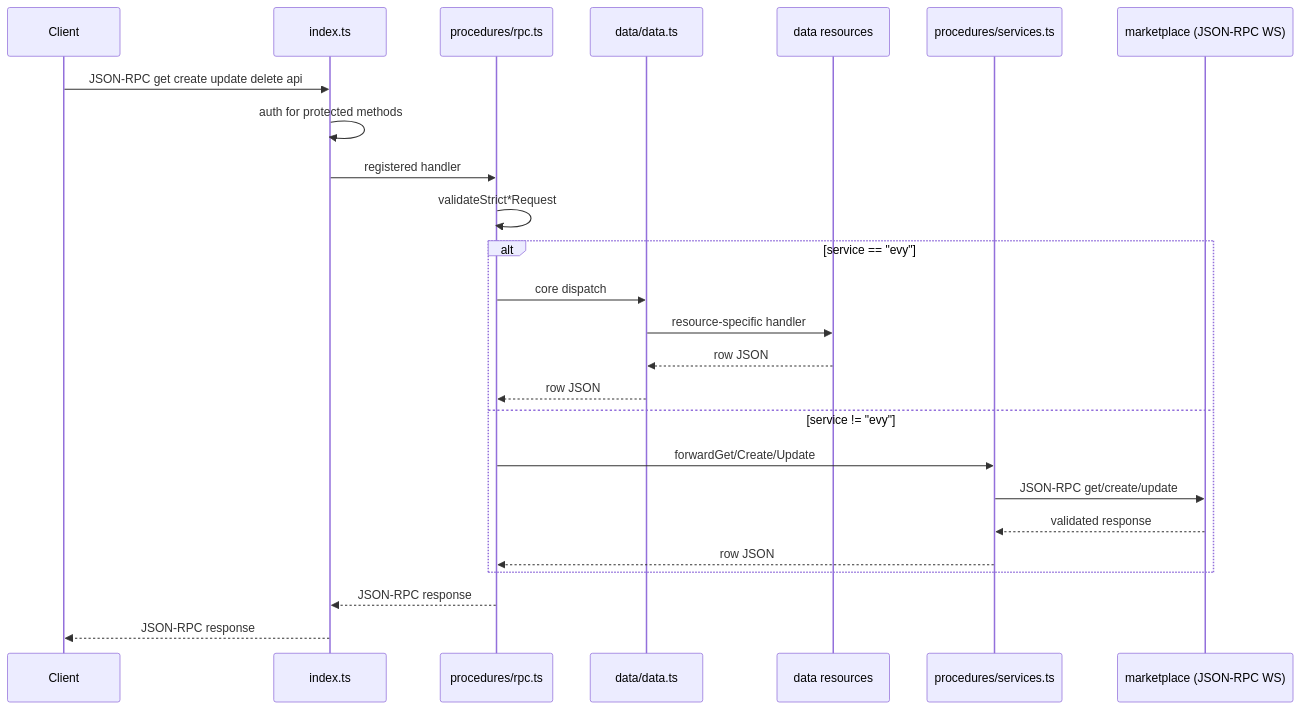
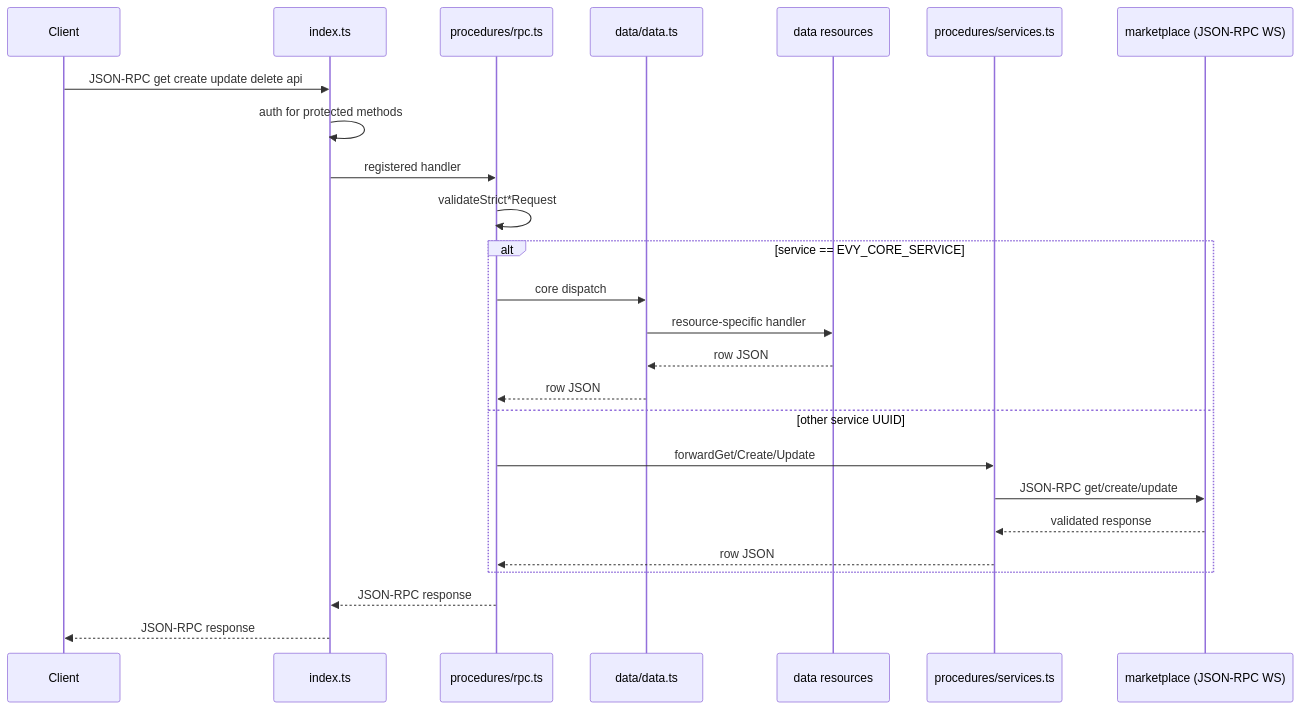
Before and after one commit to EVY-Platform/evy: the first of 2 diagrams in api/README.md, drawn with Mermaid. The commit also changed other lines of this file and 7 other files, not shown here.

````diff
--- a/api/README.md
+++ b/api/README.md
@@ -11,30 +11,30 @@
 ```mermaid
 sequenceDiagram
     participant Client
     participant index as index.ts
     participant rpc as procedures/rpc.ts
     participant data as data/data.ts
     participant resource as data resources
     participant services as procedures/services.ts
     participant marketplace as marketplace (JSON-RPC WS)
 
     Client->>index: JSON-RPC get create update delete api
     index->>index: auth for protected methods
     index->>rpc: registered handler
     rpc->>rpc: validateStrict*Request
 
-    alt service == "evy"
+    alt service == EVY_CORE_SERVICE
         rpc->>data: core dispatch
         data->>resource: resource-specific handler
         resource-->>data: row JSON
         data-->>rpc: row JSON
-    else service != "evy"
+    else other service UUID
         rpc->>services: forwardGet/Create/Update
         services->>marketplace: JSON-RPC get/create/update
         marketplace-->>services: validated response
         services-->>rpc: row JSON
     end
 
     rpc-->>index: JSON-RPC response
     index-->>Client: JSON-RPC response
 ```
````
